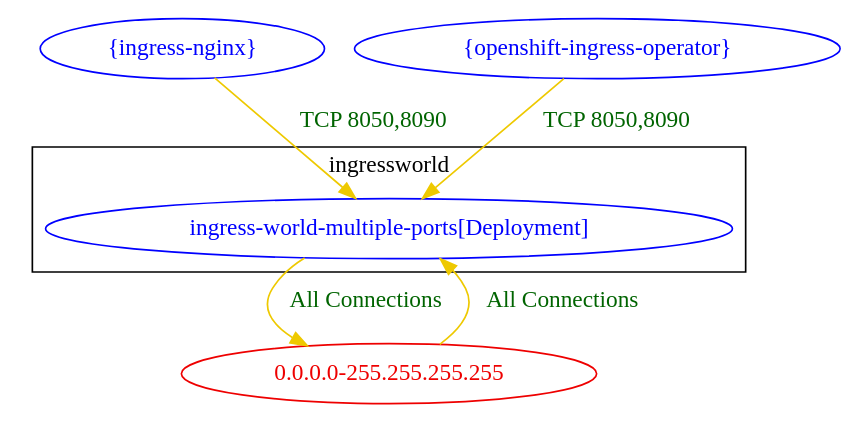
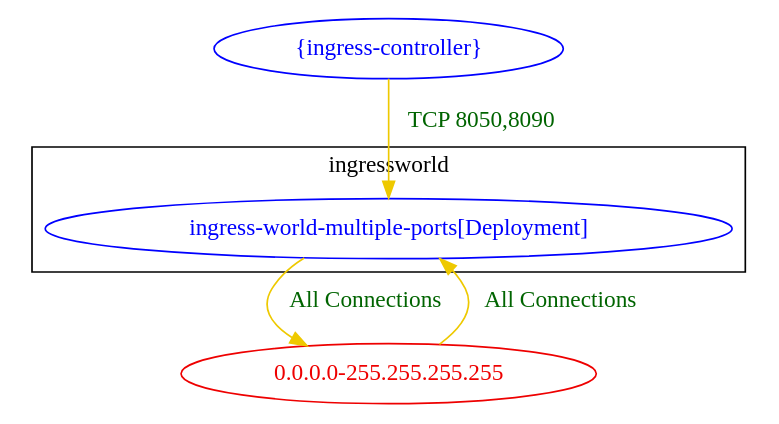
The diagram in test_outputs/connlist/multiple_ingress_objects_with_different_ports_connlist_output.dot (np-guard/netpol-analyzer), drawn with Graphviz before and after one commit. The commit also changed 83 other files, not shown here.

```diff
--- a/test_outputs/connlist/multiple_ingress_objects_with_different_ports_connlist_output.dot
+++ b/test_outputs/connlist/multiple_ingress_objects_with_different_ports_connlist_output.dot
@@ -1,13 +1,11 @@
 digraph {
 	subgraph cluster_ingressworld {
 		"ingressworld/ingress-world-multiple-ports[Deployment]" [label="ingress-world-multiple-ports[Deployment]" color="blue" fontcolor="blue"]
 		label="ingressworld"
 	}
 	"0.0.0.0-255.255.255.255" [label="0.0.0.0-255.255.255.255" color="red2" fontcolor="red2"]
-	"{ingress-nginx}" [label="{ingress-nginx}" color="blue" fontcolor="blue"]
-	"{openshift-ingress-operator}" [label="{openshift-ingress-operator}" color="blue" fontcolor="blue"]
+	"{ingress-controller}" [label="{ingress-controller}" color="blue" fontcolor="blue"]
 	"0.0.0.0-255.255.255.255" -> "ingressworld/ingress-world-multiple-ports[Deployment]" [label="All Connections" color="gold2" fontcolor="darkgreen"]
 	"ingressworld/ingress-world-multiple-ports[Deployment]" -> "0.0.0.0-255.255.255.255" [label="All Connections" color="gold2" fontcolor="darkgreen"]
-	"{ingress-nginx}" -> "ingressworld/ingress-world-multiple-ports[Deployment]" [label="TCP 8050,8090" color="gold2" fontcolor="darkgreen"]
-	"{openshift-ingress-operator}" -> "ingressworld/ingress-world-multiple-ports[Deployment]" [label="TCP 8050,8090" color="gold2" fontcolor="darkgreen"]
+	"{ingress-controller}" -> "ingressworld/ingress-world-multiple-ports[Deployment]" [label="TCP 8050,8090" color="gold2" fontcolor="darkgreen"]
 }
```
